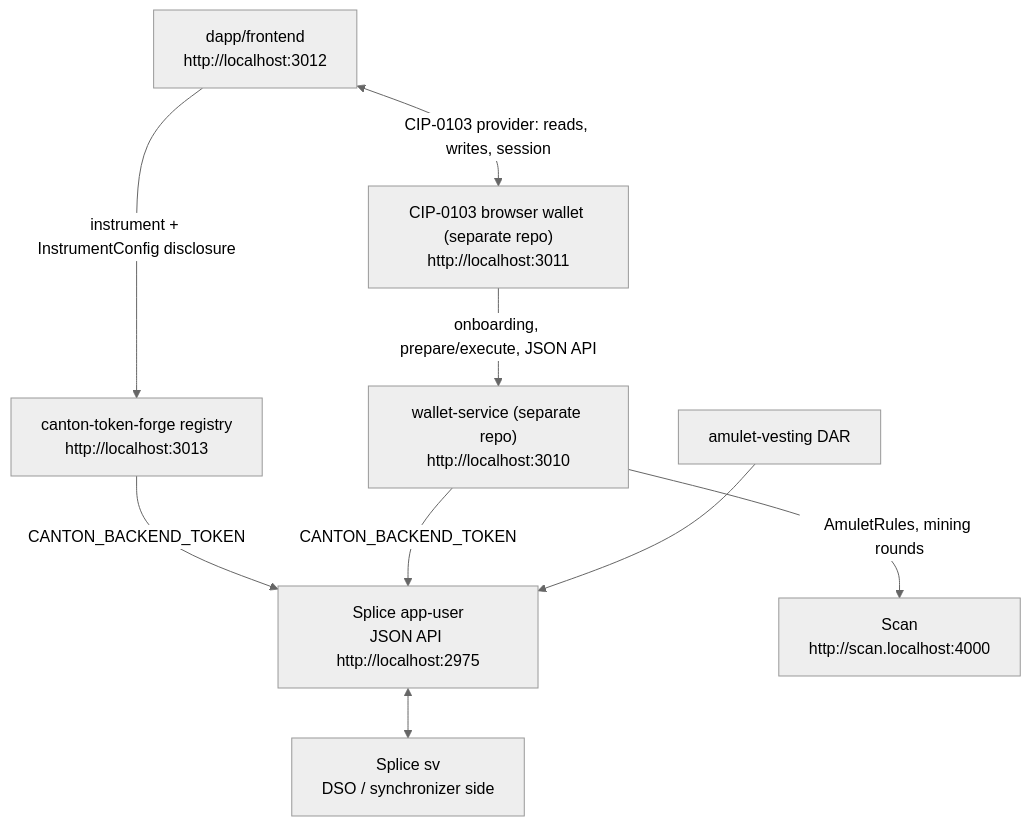
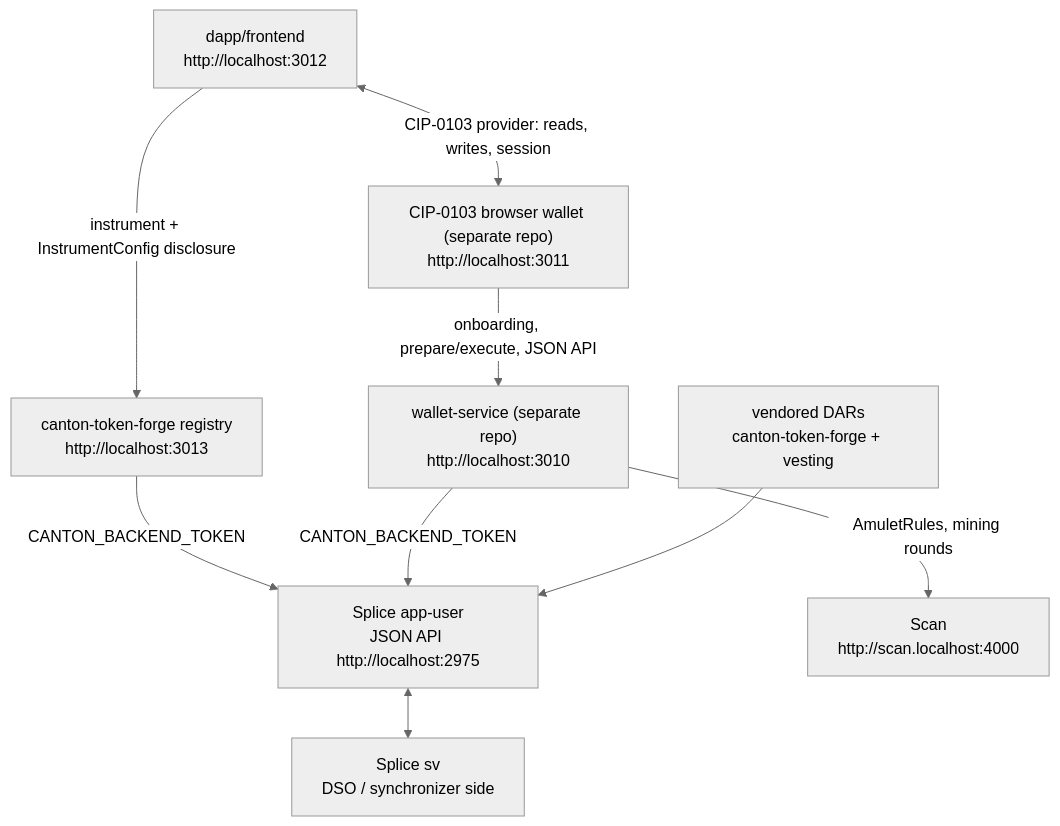
The diagram in architecture.md (BootNodeDev/canton-dappbooster), drawn with Mermaid (neutral theme) before and after one commit. The commit also changed other lines of this file and 4 other files, not shown here.

````diff
--- a/architecture.md
+++ b/architecture.md
@@ -23,20 +22,20 @@
 ```mermaid
 flowchart TD
   fe["dapp/frontend<br/>http://localhost:3012"]
   wallet["CIP-0103 browser wallet (separate repo)<br/>http://localhost:3011"]
   ws["wallet-service (separate repo)<br/>http://localhost:3010"]
   au["Splice app-user<br/>JSON API http://localhost:2975"]
   sv["Splice sv<br/>DSO / synchronizer side"]
   scan["Scan<br/>http://scan.localhost:4000"]
-  dar["amulet-vesting DAR"]
+  dar["vendored DARs<br/>canton-token-forge + vesting"]
   reg["canton-token-forge registry<br/>http://localhost:3013"]
 
   fe <-->|"CIP-0103 provider: reads, writes, session"| wallet
   wallet -->|"onboarding, prepare/execute, JSON API"| ws
   fe -->|"instrument + InstrumentConfig disclosure"| reg
   reg -->|"CANTON_BACKEND_TOKEN"| au
   ws -->|"CANTON_BACKEND_TOKEN"| au
   ws -->|"AmuletRules, mining rounds"| scan
   au <--> sv
   dar --> au
 ```
````
